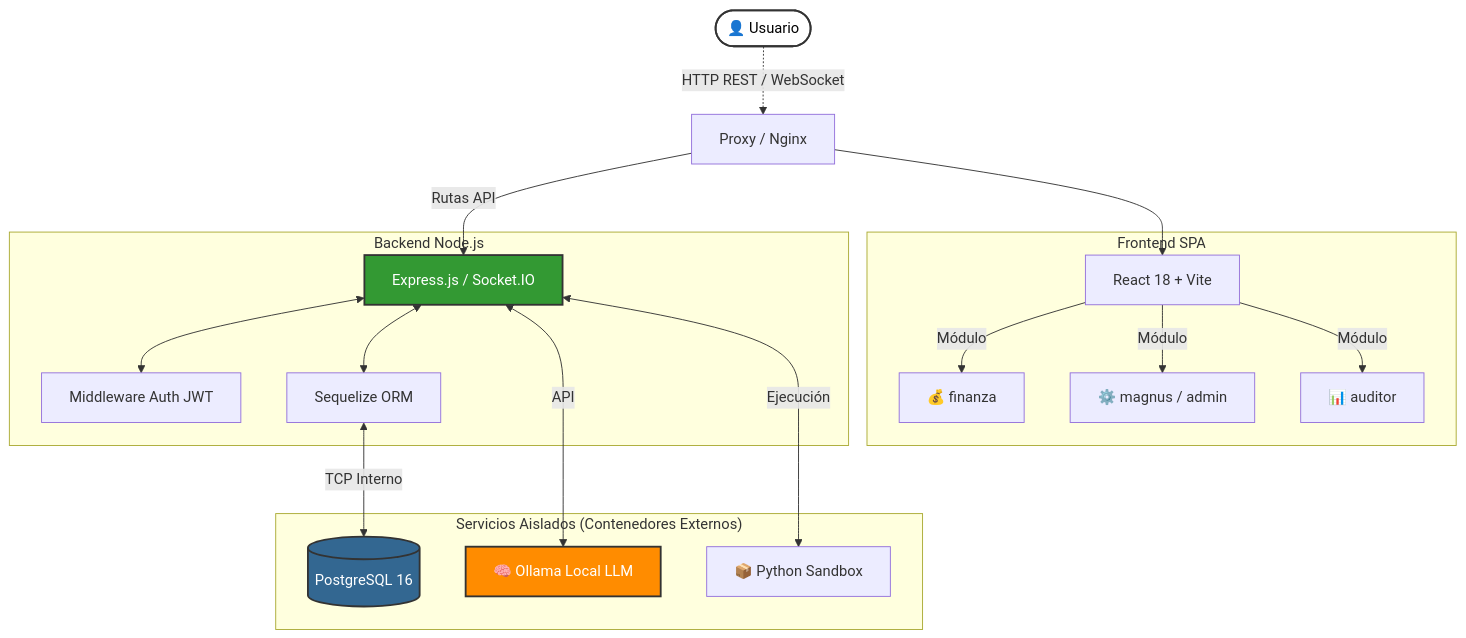
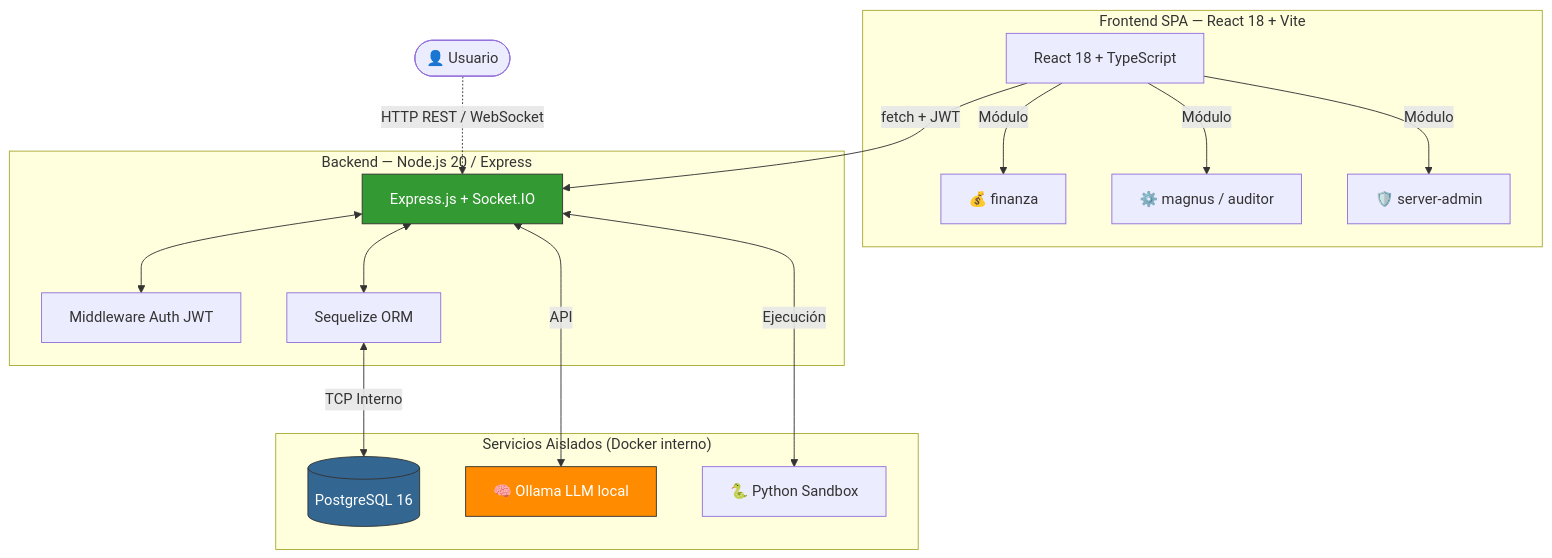
One commit to YoxeLaunch/MagnusOS2 changed the first of 2 diagrams in README.md. Above: the diagram before and after it, drawn with Mermaid. The commit also changed other lines of this file and 6 other files, not shown here.

````diff
--- a/README.md
+++ b/README.md
@@ -79,40 +42,34 @@
 ```mermaid
 graph TD
-    %% Definición de Nodos principales
-    User(["👤 Usuario"]) -.->|"HTTP REST / WebSocket"| LB["Proxy / Nginx"]
-    
-    subgraph "Frontend SPA"
-        React["React 18 + Vite"]
+    User(["👤 Usuario"]) -.->|"HTTP REST / WebSocket"| Backend
+
+    subgraph "Frontend SPA — React 18 + Vite"
+        React["React 18 + TypeScript"]
         React -->|"Módulo"| Finanzas["💰 finanza"]
-        React -->|"Módulo"| Magnus["⚙️ magnus / admin"]
-        React -->|"Módulo"| Auditor["📊 auditor"]
+        React -->|"Módulo"| Magnus["⚙️ magnus / auditor"]
+        React -->|"Módulo"| Admin["🛡️ server-admin"]
     end
-    
-    LB --> React
-    LB -->|"Rutas API"| Backend
-    
-    subgraph "Backend Node.js"
-        Backend["Express.js / Socket.IO"]
+
+    subgraph "Backend — Node.js 20 / Express"
+        Backend["Express.js + Socket.IO"]
         JWT["Middleware Auth JWT"]
         ORM["Sequelize ORM"]
-        
         Backend <--> JWT
         Backend <--> ORM
     end
-    
-    subgraph "Servicios Aislados (Contenedores Externos)"
+
+    subgraph "Servicios Aislados (Docker interno)"
         DB[("PostgreSQL 16")]
-        AI["🧠 Ollama Local LLM"]
-        Sandbox["📦 Python Sandbox"]
+        AI["🧠 Ollama LLM local"]
+        Sandbox["🐍 Python Sandbox"]
     end
-    
+
+    React -->|"fetch + JWT"| Backend
     ORM <-->|"TCP Interno"| DB
     Backend <-->|"API"| AI
     Backend <-->|"Ejecución"| Sandbox
 
-    %% Estilos aesthetic
-    style User fill:#fff,stroke:#333,stroke-width:2px,color:#000
-    style Backend fill:#339933,stroke:#333,stroke-width:2px,color:#fff
-    style DB fill:#336791,stroke:#333,stroke-width:2px,color:#fff
-    style AI fill:#ff8c00,stroke:#333,stroke-width:2px,color:#fff
+    style Backend fill:#339933,stroke:#333,color:#fff
+    style DB fill:#336791,stroke:#333,color:#fff
+    style AI fill:#ff8c00,stroke:#333,color:#fff
 ```
````
